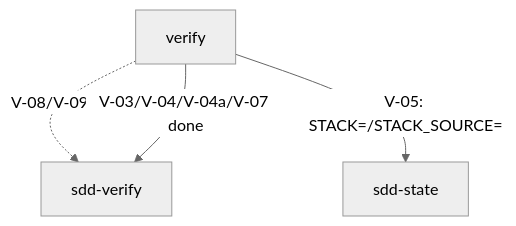
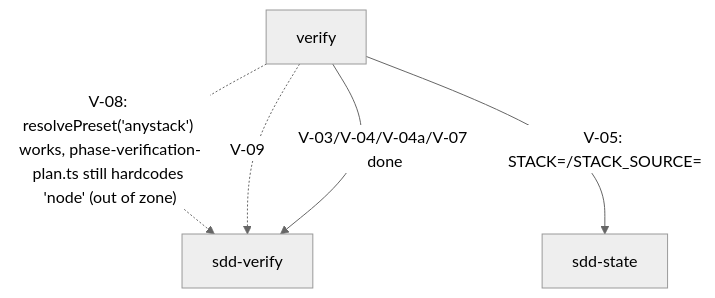
One commit to RubaXa/gennady changed the second of 2 diagrams in specs/cli/verify/verify.spec.md. Above: the diagram before and after it, drawn with Mermaid (neutral theme). The commit also changed other lines of this file and 5 other files, not shown here.

````diff
--- a/specs/cli/verify/verify.spec.md
+++ b/specs/cli/verify/verify.spec.md
@@ -307,6 +311,7 @@
 ```mermaid
 graph TD
-  verify["verify"] -. "V-08/V-09" .-> sdd-verify["sdd-verify"]
+  verify["verify"] -. "V-08: resolvePreset('anystack') works, phase-verification-plan.ts still hardcodes 'node' (out of zone)" .-> sdd-verify["sdd-verify"]
+  verify -. "V-09" .-> sdd-verify
   verify -- "V-03/V-04/V-04a/V-07 done" --> sdd-verify
   verify -- "V-05: STACK=/STACK_SOURCE=" --> sdd-state["sdd-state"]
 ```
````
